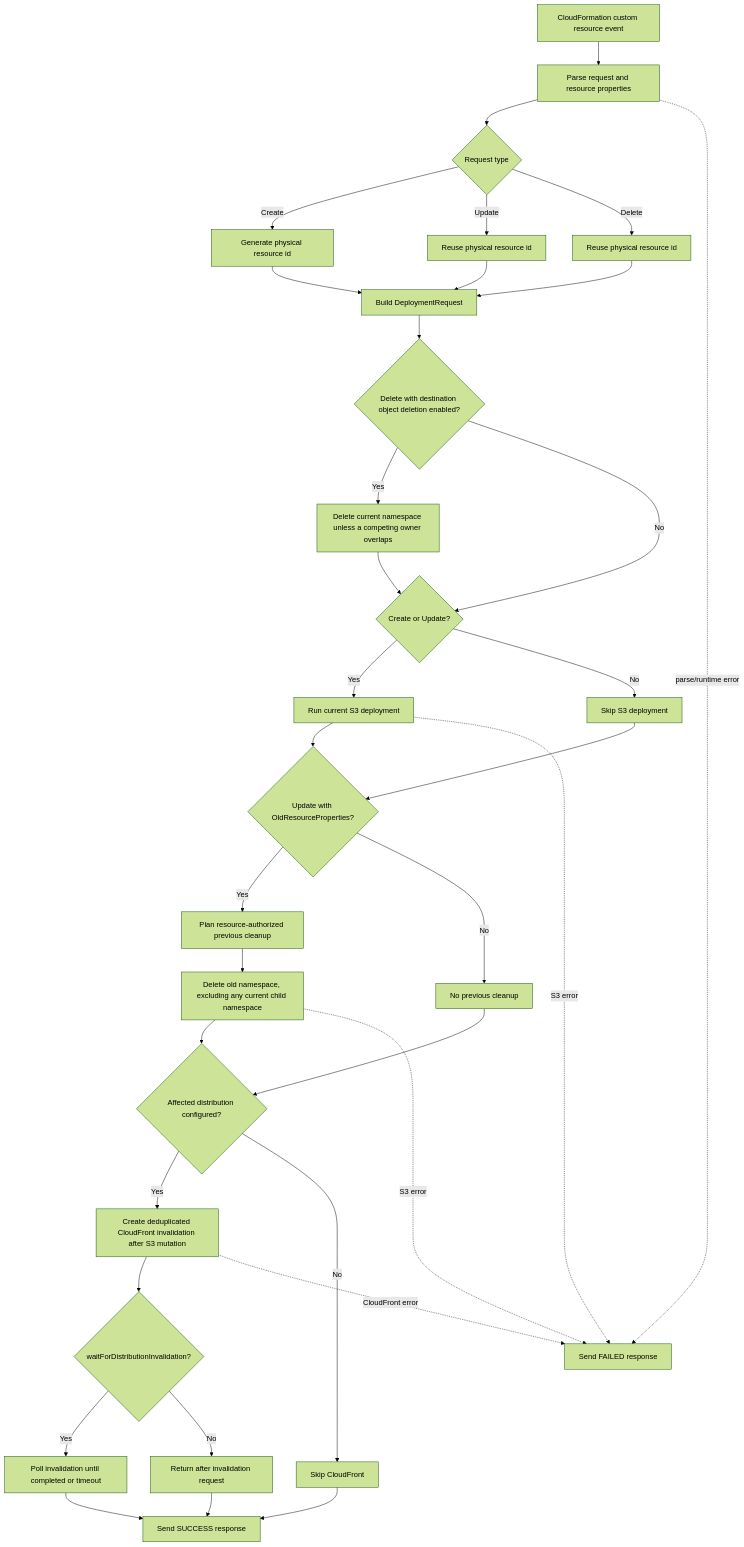
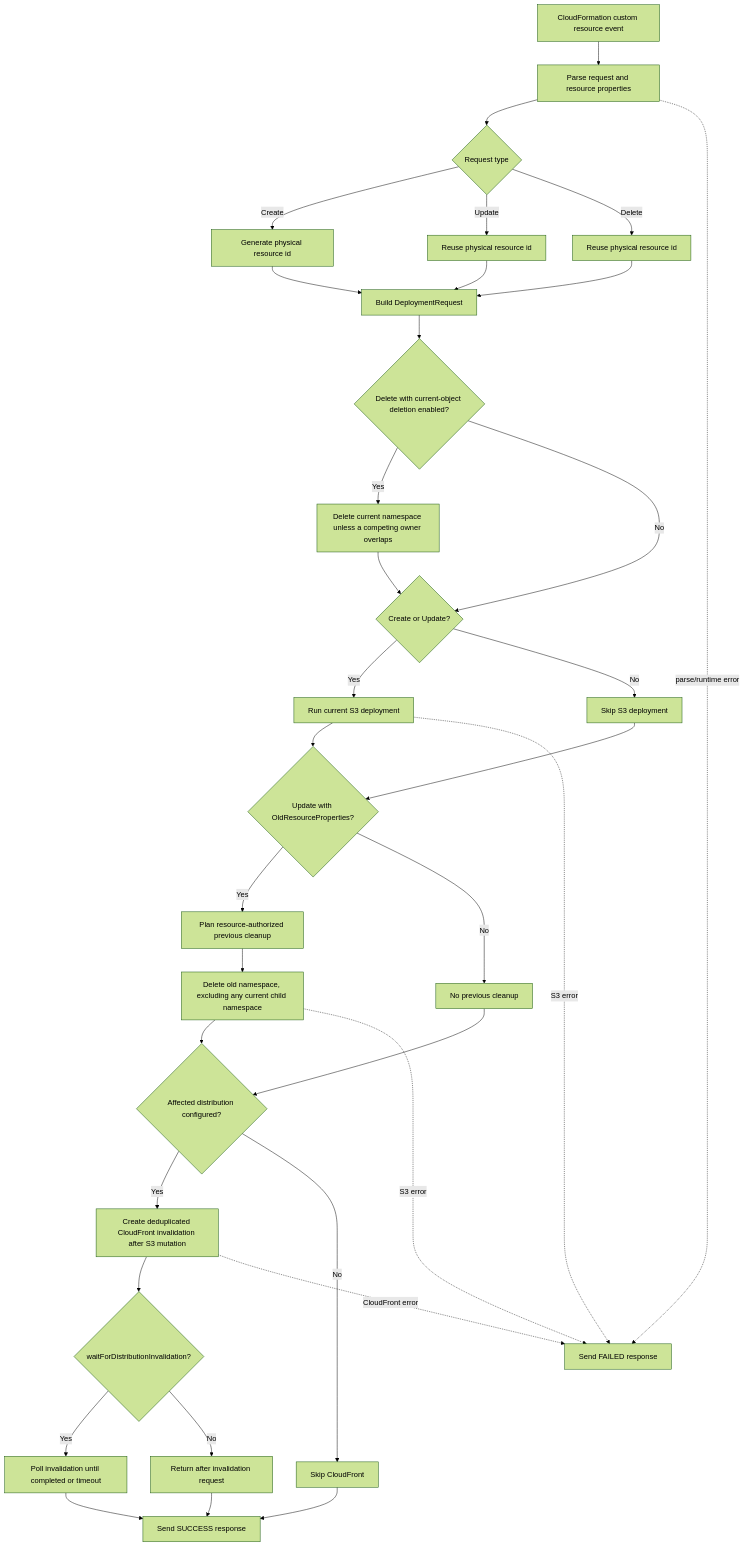
The first of 2 diagrams in docs/architecture.md (garysassano/shin-bucket-deployment), drawn with Mermaid (forest theme) before and after one commit. The commit also changed other lines of this file and 29 other files, not shown here.

````diff
--- a/docs/architecture.md
+++ b/docs/architecture.md
@@ -119,36 +119,36 @@
 ```mermaid
 flowchart TD
   A["CloudFormation custom resource event"] --> B["Parse request and resource properties"]
   B --> C{"Request type"}
   C -->|Create| D["Generate physical resource id"]
   C -->|Update| E["Reuse physical resource id"]
   C -->|Delete| F["Reuse physical resource id"]
   D --> G["Build DeploymentRequest"]
   E --> G
   F --> G
-  G --> H{"Delete with destination object deletion enabled?"}
+  G --> H{"Delete with current-object deletion enabled?"}
   H -->|Yes| I["Delete current namespace unless a competing owner overlaps"]
   H -->|No| J{"Create or Update?"}
   I --> J
   J -->|Yes| K["Run current S3 deployment"]
   J -->|No| L["Skip S3 deployment"]
   K --> M{"Update with OldResourceProperties?"}
   L --> M
   M -->|Yes| N["Plan resource-authorized previous cleanup"]
   M -->|No| O["No previous cleanup"]
   N --> P["Delete old namespace, excluding any current child namespace"]
   P --> Q{"Affected distribution configured?"}
   O --> Q
   Q -->|Yes| R["Create deduplicated CloudFront invalidation after S3 mutation"]
   Q -->|No| S["Skip CloudFront"]
   R --> T{"waitForDistributionInvalidation?"}
   T -->|Yes| U["Poll invalidation until completed or timeout"]
   T -->|No| V["Return after invalidation request"]
   S --> W["Send SUCCESS response"]
   U --> W
   V --> W
   B -. "parse/runtime error" .-> X["Send FAILED response"]
   K -. "S3 error" .-> X
   P -. "S3 error" .-> X
   R -. "CloudFront error" .-> X
 ```
````
